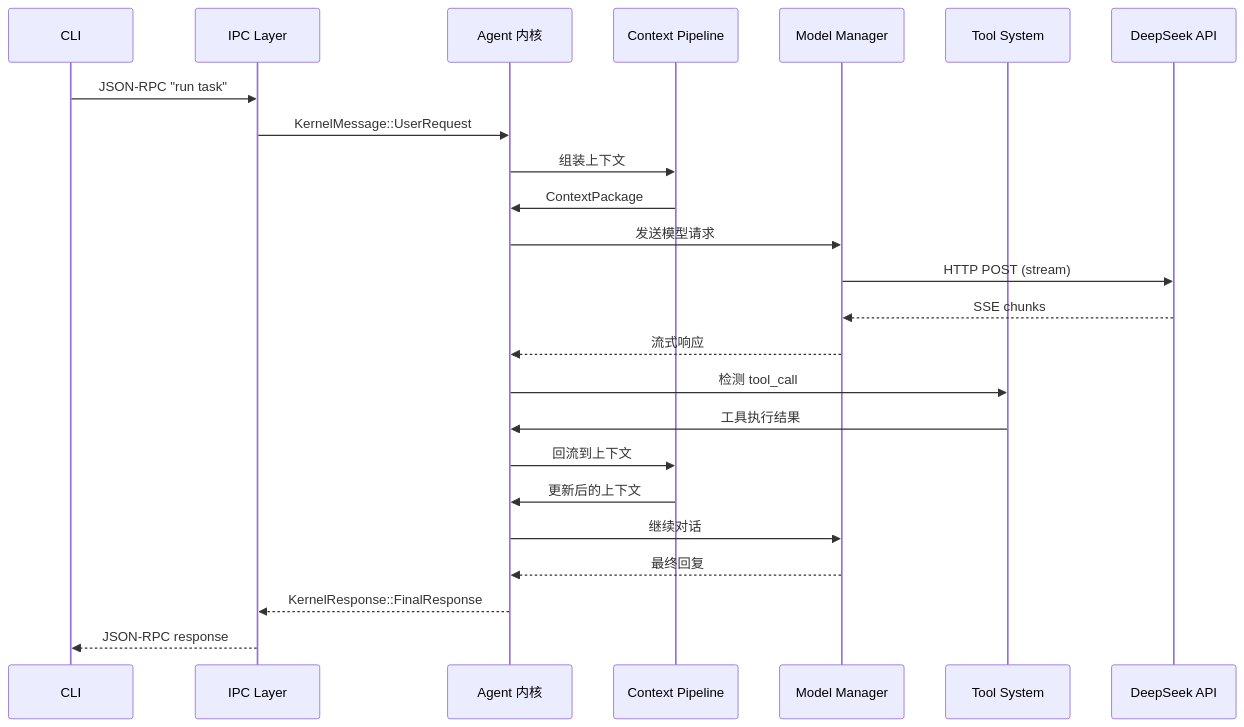
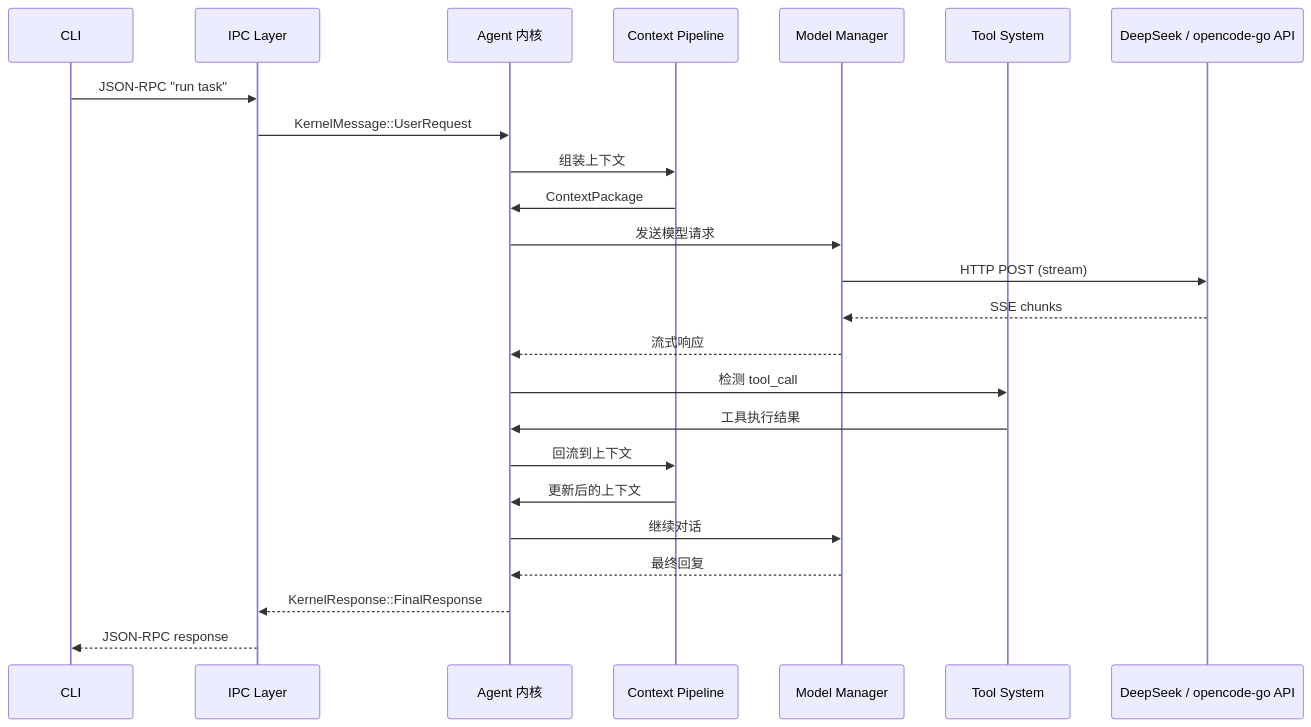
One commit to JeillZhang/agentj changed the second of 9 diagrams in docs/superpowers/specs/2026-08-09-agentj-core-design.md. Above: the diagram before and after it, drawn with Mermaid. The commit also changed other lines of this file and 1 other file, not shown here.

First line of the commit message:
docs: add opencode-go model provider support to v0.1 design and plan

````diff
--- a/docs/superpowers/specs/2026-08-09-agentj-core-design.md
+++ b/docs/superpowers/specs/2026-08-09-agentj-core-design.md
@@ -106,27 +107,27 @@
 ```mermaid
 sequenceDiagram
     participant CLI as CLI
     participant IPC as IPC Layer
     participant Kernel as Agent 内核
     participant Ctx as Context Pipeline
     participant Model as Model Manager
     participant Tools as Tool System
-    participant LLM as DeepSeek API
+    participant LLM as DeepSeek / opencode-go API
 
     CLI->>IPC: JSON-RPC "run task"
     IPC->>Kernel: KernelMessage::UserRequest
     Kernel->>Ctx: 组装上下文
     Ctx->>Kernel: ContextPackage
     Kernel->>Model: 发送模型请求
     Model->>LLM: HTTP POST (stream)
     LLM-->>Model: SSE chunks
     Model-->>Kernel: 流式响应
     Kernel->>Tools: 检测 tool_call
     Tools->>Kernel: 工具执行结果
     Kernel->>Ctx: 回流到上下文
     Ctx->>Kernel: 更新后的上下文
     Kernel->>Model: 继续对话
     Model-->>Kernel: 最终回复
     Kernel-->>IPC: KernelResponse::FinalResponse
     IPC-->>CLI: JSON-RPC response
 ```
````
